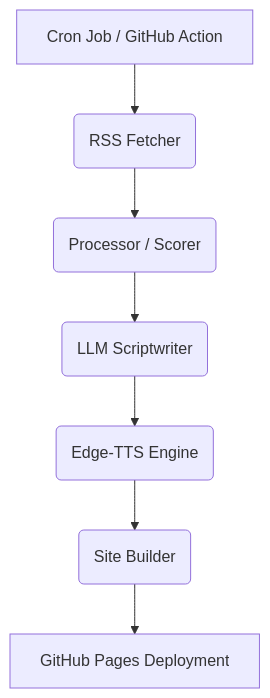
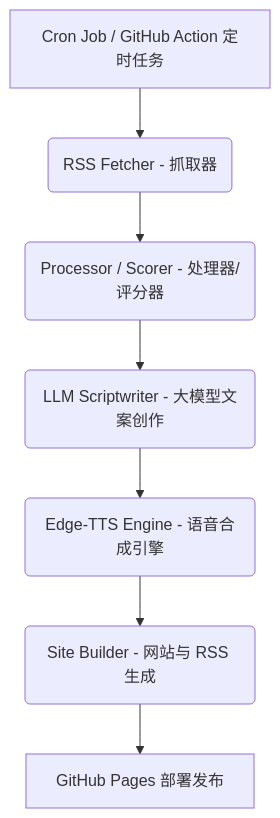
One commit to nicekai-jpg/ai-news-podcast changed the diagram in ARCHITECTURE.md. Above: the diagram before and after it, drawn with Mermaid. The commit also changed other lines of this file and 5 other files, not shown here.

````diff
--- a/ARCHITECTURE.md
+++ b/ARCHITECTURE.md
@@ -9,9 +9,9 @@
 ```mermaid
 graph TD
-    A[Cron Job / GitHub Action] --> B(RSS Fetcher)
-    B --> C(Processor / Scorer)
-    C --> D(LLM Scriptwriter)
-    D --> E(Edge-TTS Engine)
-    E --> F(Site Builder)
-    F --> G[GitHub Pages Deployment]
+    A[Cron Job / GitHub Action 定时任务] --> B(RSS Fetcher - 抓取器)
+    B --> C(Processor / Scorer - 处理器/评分器)
+    C --> D(LLM Scriptwriter - 大模型文案创作)
+    D --> E(Edge-TTS Engine - 语音合成引擎)
+    E --> F(Site Builder - 网站与 RSS 生成)
+    F --> G[GitHub Pages 部署发布]
 ```
````
